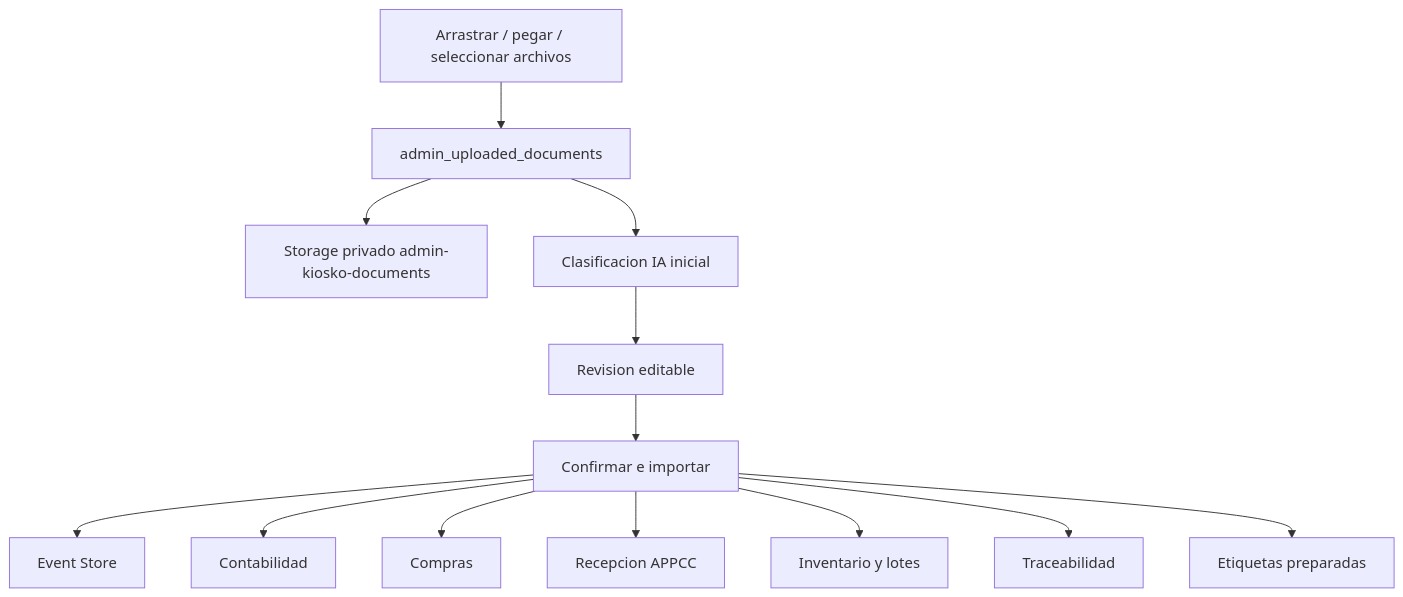
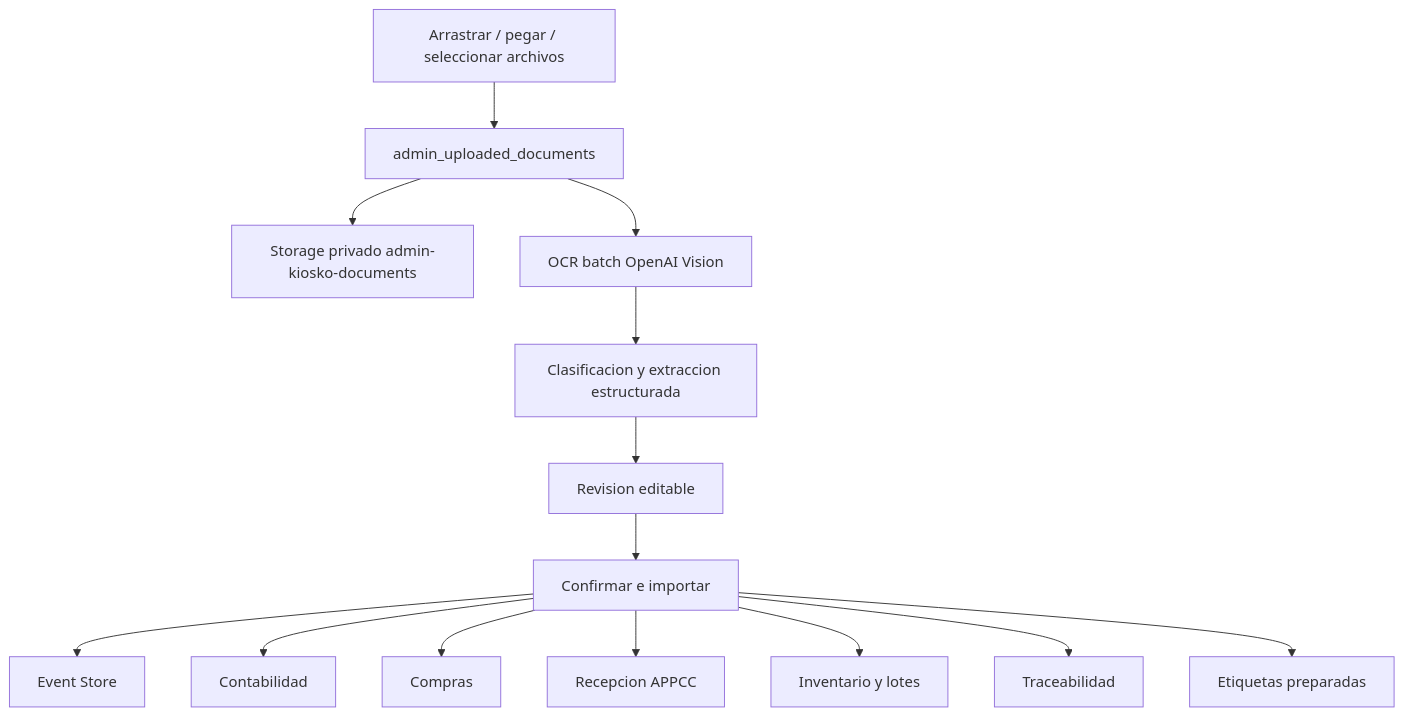
Before and after one commit to xavvvibo/kioskoalfresko: diagram 19 of 20 in docs/ERP_ARCHITECTURE.md, drawn with Mermaid. The commit also changed other lines of this file and 14 other files, not shown here.

Commit message:
feat: add batch OCR pipeline for ERP inbox

````diff
--- a/docs/ERP_ARCHITECTURE.md
+++ b/docs/ERP_ARCHITECTURE.md
@@ -742,15 +793,16 @@
 ```mermaid
 flowchart TD
   Drop[Arrastrar / pegar / seleccionar archivos] --> Root[admin_uploaded_documents]
   Root --> Storage[Storage privado admin-kiosko-documents]
-  Root --> Classify[Clasificacion IA inicial]
+  Root --> Ocr[OCR batch OpenAI Vision]
+  Ocr --> Classify[Clasificacion y extraccion estructurada]
   Classify --> Review[Revision editable]
   Review --> Confirm[Confirmar e importar]
   Confirm --> Events[Event Store]
   Confirm --> Accounting[Contabilidad]
   Confirm --> Purchasing[Compras]
   Confirm --> Appcc[Recepcion APPCC]
   Confirm --> Inventory[Inventario y lotes]
   Confirm --> Trace[Traceabilidad]
   Confirm --> Labels[Etiquetas preparadas]
 ```
````
